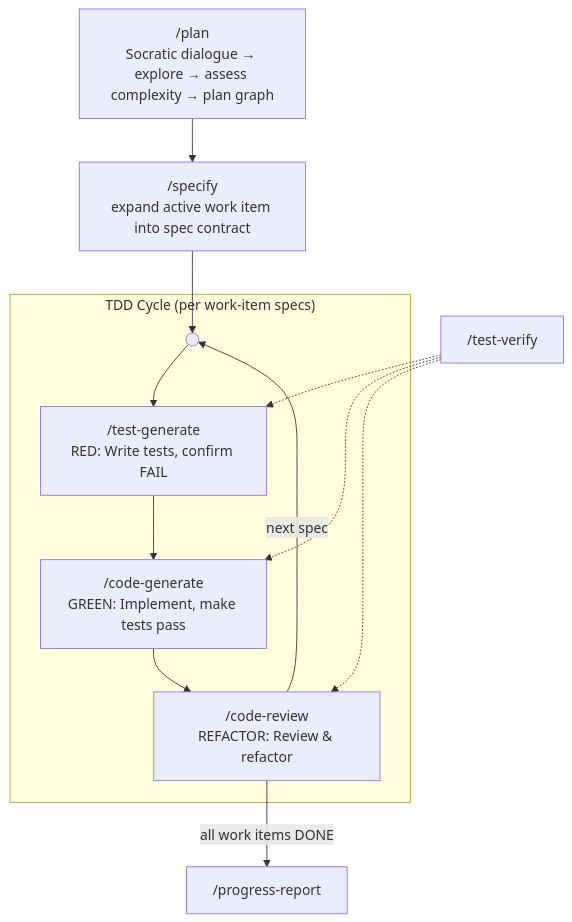
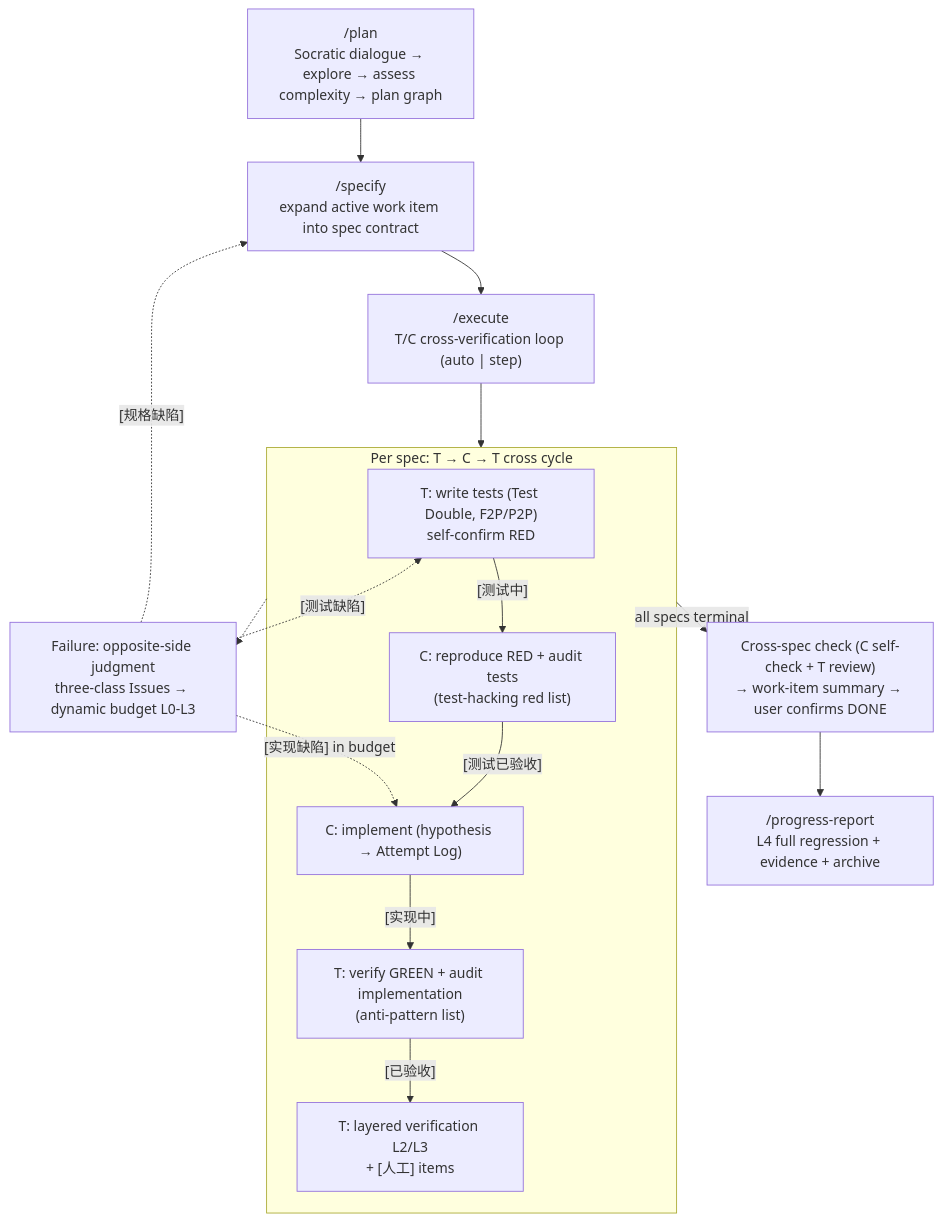
Before and after one commit to theLittleStone/SpecForge: the diagram in README.md, drawn with Mermaid. The commit also changed other lines of this file and 11 other files, not shown here.

First line of the commit message:
Refactor execution layer into T/C cross-verification loop

````diff
--- a/README.md
+++ b/README.md
@@ -38,21 +36,26 @@
 ```mermaid
 flowchart TD
     PLAN["/plan<br/>Socratic dialogue → explore → assess complexity → plan graph"]
     PLAN --> SPEC["/specify<br/>expand active work item into spec contract"]
 
-    SPEC --> ENTRY(( ))
+    SPEC --> EXEC["/execute<br/>T/C cross-verification loop (auto | step)"]
 
-    subgraph TDD["TDD Cycle (per work-item specs)"]
-        ENTRY --> RED["/test-generate<br/>RED: Write tests, confirm FAIL"]
-        RED --> GREEN["/code-generate<br/>GREEN: Implement, make tests pass"]
-        GREEN --> REFACTOR["/code-review<br/>REFACTOR: Review & refactor"]
-        REFACTOR -->|next spec| ENTRY
+    subgraph LOOP["Per spec: T → C → T cross cycle"]
+        T1["T: write tests (Test Double, F2P/P2P)<br/>self-confirm RED"]
+        T1 -->|"[测试中]"| C1["C: reproduce RED + audit tests<br/>(test-hacking red list)"]
+        C1 -->|"[测试已验收]"| C2["C: implement (hypothesis → Attempt Log)"]
+        C2 -->|"[实现中]"| T2["T: verify GREEN + audit implementation<br/>(anti-pattern list)"]
+        T2 -->|"[已验收]"| L["T: layered verification L2/L3<br/>+ [人工] items"]
     end
 
-    TEST["/test-verify"]
-    TEST -.-> RED
-    TEST -.-> GREEN
-    TEST -.-> REFACTOR
+    EXEC --> LOOP
+    LOOP -->|"all specs terminal"| DONE["Cross-spec check (C self-check + T review)<br/>→ work-item summary → user confirms DONE"]
 
-    REFACTOR -->|all work items DONE| REPORT["/progress-report"]
+    DONE --> REPORT["/progress-report<br/>L4 full regression + evidence + archive"]
+
+    FAIL["Failure: opposite-side judgment<br/>three-class Issues → dynamic budget L0-L3"]
+    LOOP -.-> FAIL
+    FAIL -.->|"[实现缺陷] in budget"| C2
+    FAIL -.->|"[测试缺陷]"| T1
+    FAIL -.->|"[规格缺陷]"| SPEC
 ```
````
